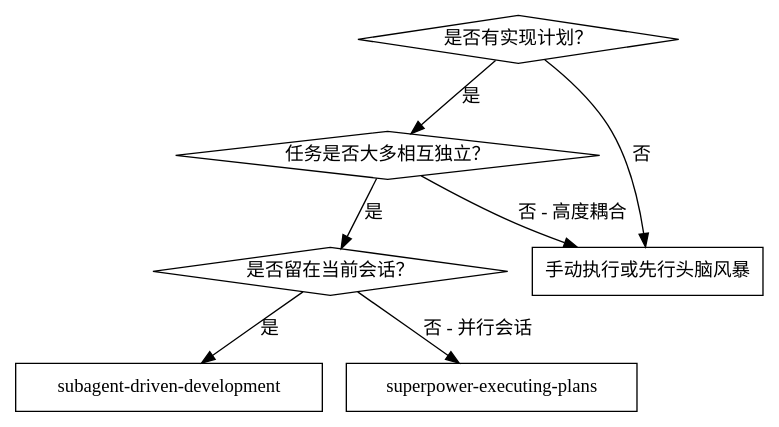
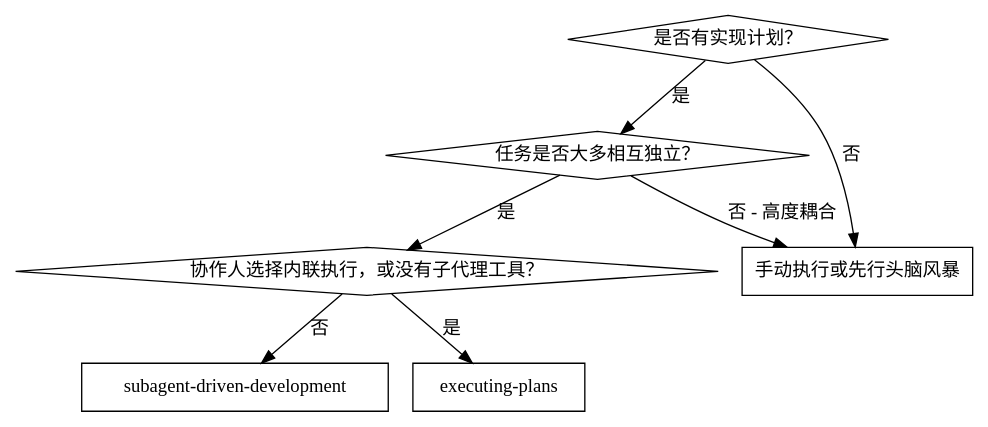
One commit to Wenaixi/dsh-superpower changed the first of 2 diagrams in skills/subagent-driven-development/SKILL.md. Above: the diagram before and after it, drawn with Graphviz. The commit also changed other lines of this file and 54 other files, not shown here.

````diff
--- a/skills/subagent-driven-development/SKILL.md
+++ b/skills/subagent-driven-development/SKILL.md
@@ -24,17 +24,17 @@
 ```dot
 digraph when_to_use {
     "是否有实现计划？" [shape=diamond];
     "任务是否大多相互独立？" [shape=diamond];
-    "是否留在当前会话？" [shape=diamond];
+    "协作人选择内联执行，或没有子代理工具？" [shape=diamond];
     "subagent-driven-development" [shape=box];
-    "superpower-executing-plans" [shape=box];
+    "executing-plans" [shape=box];
     "手动执行或先行头脑风暴" [shape=box];
 
     "是否有实现计划？" -> "任务是否大多相互独立？" [label="是"];
     "是否有实现计划？" -> "手动执行或先行头脑风暴" [label="否"];
-    "任务是否大多相互独立？" -> "是否留在当前会话？" [label="是"];
+    "任务是否大多相互独立？" -> "协作人选择内联执行，或没有子代理工具？" [label="是"];
     "任务是否大多相互独立？" -> "手动执行或先行头脑风暴" [label="否 - 高度耦合"];
-    "是否留在当前会话？" -> "subagent-driven-development" [label="是"];
-    "是否留在当前会话？" -> "superpower-executing-plans" [label="否 - 并行会话"];
+    "协作人选择内联执行，或没有子代理工具？" -> "executing-plans" [label="是"];
+    "协作人选择内联执行，或没有子代理工具？" -> "subagent-driven-development" [label="否"];
 }
 ```
````
